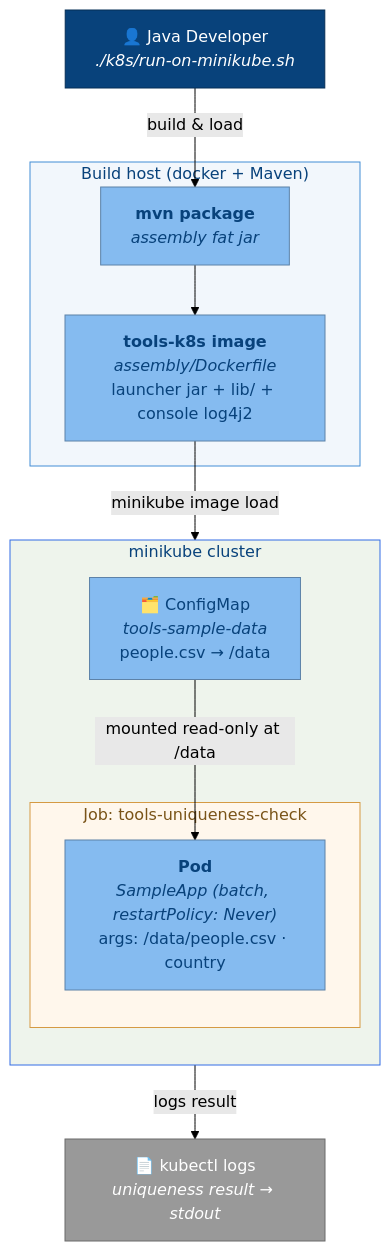
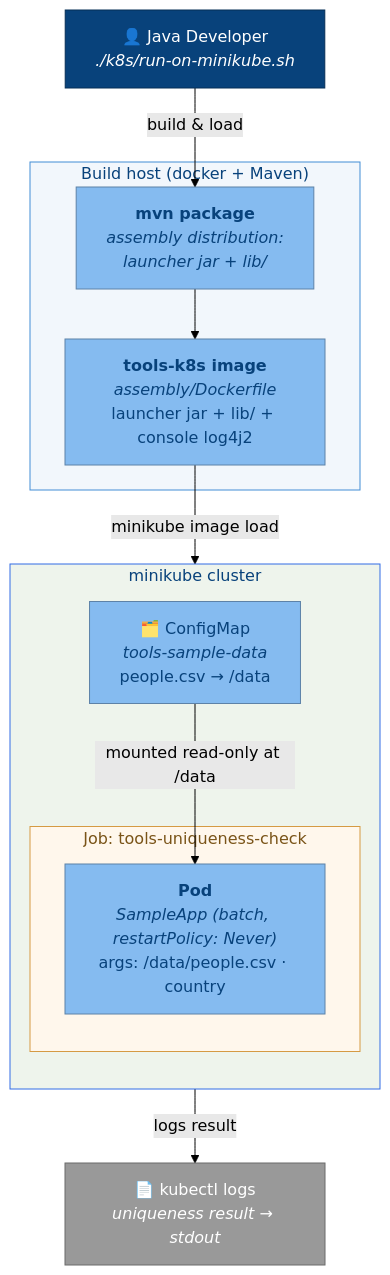
The ninth of 10 diagrams in docs/c4-architecture.md (adamw7/tools), drawn with Mermaid (forest theme) before and after one commit. The commit also changed other lines of this file and 7 other files, not shown here.

````diff
--- a/docs/c4-architecture.md
+++ b/docs/c4-architecture.md
@@ -652,35 +665,35 @@
 ```mermaid
 flowchart TB
     dev["👤 Java Developer<br/><i>./k8s/run-on-minikube.sh</i>"]
 
     subgraph build ["Build host (docker + Maven)"]
-        maven["<b>mvn package</b><br/><i>assembly fat jar</i>"]
+        maven["<b>mvn package</b><br/><i>assembly distribution:<br/>launcher jar + lib/</i>"]
         image["<b>tools-k8s image</b><br/><i>assembly/Dockerfile</i><br/>launcher jar + lib/ + console log4j2"]
     end
 
     subgraph cluster ["minikube cluster"]
         direction TB
         subgraph job ["Job: tools-uniqueness-check"]
             pod["<b>Pod</b><br/><i>SampleApp (batch, restartPolicy: Never)</i><br/>args: /data/people.csv · country"]
         end
         cm["🗂️ ConfigMap<br/><i>tools-sample-data</i><br/>people.csv → /data"]
     end
 
     logs["📄 kubectl logs<br/><i>uniqueness result → stdout</i>"]
 
     dev -->|"build &amp; load"| maven
     maven --> image
     image -->|"minikube image load"| pod
     cm -->|"mounted read-only at /data"| pod
     pod -->|"logs result"| logs
 
     classDef person fill:#08427b,stroke:#052e56,color:#fff
     classDef comp fill:#85bbf0,stroke:#5d82a8,color:#08427b
     classDef ext fill:#999999,stroke:#6b6b6b,color:#fff
     class dev person
     class maven,image,pod,cm comp
     class logs ext
     style build fill:#f2f7fc,stroke:#438dd5,color:#08427b
     style cluster fill:#eef4ec,stroke:#326ce5,color:#08427b
     style job fill:#fff7ec,stroke:#d59a43,color:#7a5418
 ```
````
